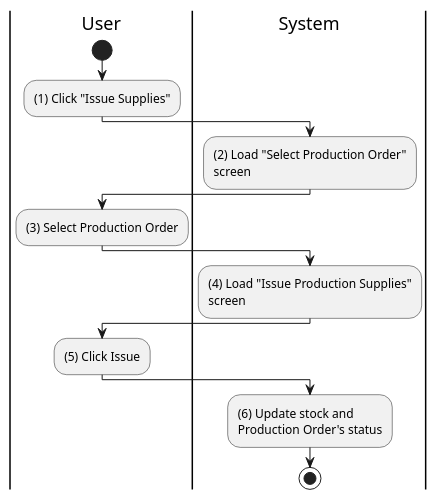
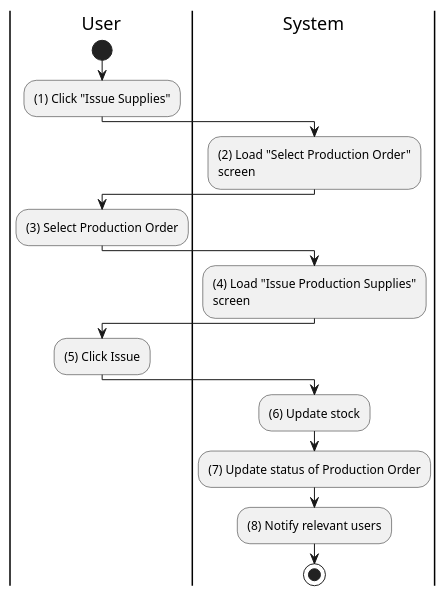
Before and after one commit to phihungha/SE357-Practice-class: the diagram in Lab1/Lab1.2/activities/inventory-supply-issue.plantuml, drawn with PlantUML. The commit also changed 21 other files, not shown here.

Commit message:
Finalize activity diagram

```diff
--- a/Lab1/Lab1.2/activities/inventory-supply-issue.plantuml
+++ b/Lab1/Lab1.2/activities/inventory-supply-issue.plantuml
@@ -1,24 +1,26 @@
 @startuml inventory-supply-issue
 |u|User
 |s|System
 
 |u|
 start
 :(1) Click "Issue Supplies";
 
 |s|
 :(2) Load "Select Production Order"\nscreen;
 
 |u|
 :(3) Select Production Order;
 
 |s|
 :(4) Load "Issue Production Supplies"\nscreen;
 
 |u|
 :(5) Click Issue;
 
 |s|
-:(6) Update stock and\nProduction Order's status;
+:(6) Update stock;
+:(7) Update status of Production Order;
+:(8) Notify relevant users;
 stop
 @enduml
```
